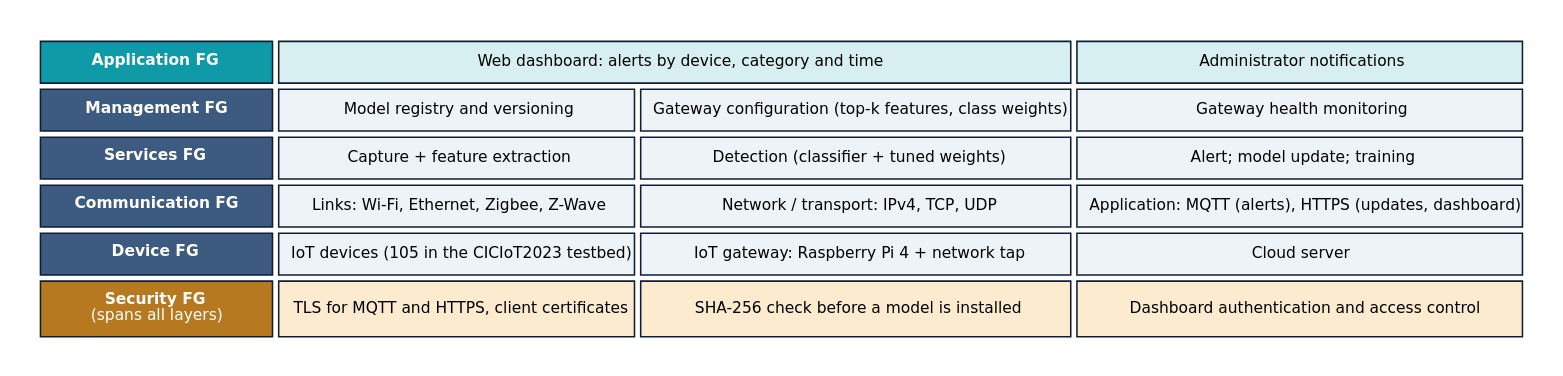
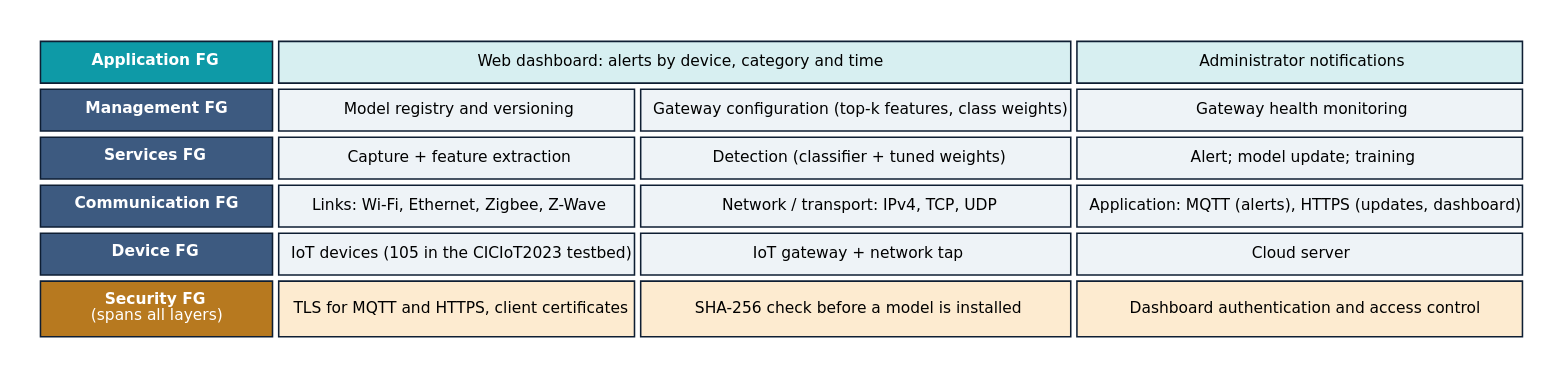
The diagram in report/diagrams/functional_view.dot (Dhruvsandilya0711/IoT_Mini_Project), drawn with Graphviz before and after one commit. The commit also changed 18 other files, not shown here.

```diff
--- a/report/diagrams/functional_view.dot
+++ b/report/diagrams/functional_view.dot
@@ -1,30 +1,30 @@
 digraph G {
   graph [bgcolor="#ffffff", pad=0.2, fontname="DejaVu Sans"];
   node [shape=plain, fontname="DejaVu Sans", fontsize=10];
   fv [label=<
   <table border="0" cellborder="1" cellspacing="4" cellpadding="7" color="#0E1E33">
     <tr><td bgcolor="#0E9AA7" width="150"><font color="white"><b>Application FG</b></font></td>
         <td bgcolor="#D7EFF1" colspan="2">Web dashboard: alerts by device, category and time</td>
         <td bgcolor="#D7EFF1">Administrator notifications</td></tr>
     <tr><td bgcolor="#3D5A80"><font color="white"><b>Management FG</b></font></td>
         <td bgcolor="#EEF3F7">Model registry and versioning</td>
         <td bgcolor="#EEF3F7">Gateway configuration (top-k features, class weights)</td>
         <td bgcolor="#EEF3F7">Gateway health monitoring</td></tr>
     <tr><td bgcolor="#3D5A80"><font color="white"><b>Services FG</b></font></td>
         <td bgcolor="#EEF3F7">Capture + feature extraction</td>
         <td bgcolor="#EEF3F7">Detection (classifier + tuned weights)</td>
         <td bgcolor="#EEF3F7">Alert; model update; training</td></tr>
     <tr><td bgcolor="#3D5A80"><font color="white"><b>Communication FG</b></font></td>
         <td bgcolor="#EEF3F7">Links: Wi-Fi, Ethernet, Zigbee, Z-Wave</td>
         <td bgcolor="#EEF3F7">Network / transport: IPv4, TCP, UDP</td>
         <td bgcolor="#EEF3F7">Application: MQTT (alerts), HTTPS (updates, dashboard)</td></tr>
     <tr><td bgcolor="#3D5A80"><font color="white"><b>Device FG</b></font></td>
         <td bgcolor="#EEF3F7">IoT devices (105 in the CICIoT2023 testbed)</td>
-        <td bgcolor="#EEF3F7">IoT gateway: Raspberry Pi 4 + network tap</td>
+        <td bgcolor="#EEF3F7">IoT gateway + network tap</td>
         <td bgcolor="#EEF3F7">Cloud server</td></tr>
     <tr><td bgcolor="#B7791F"><font color="white"><b>Security FG</b><br/>(spans all layers)</font></td>
         <td bgcolor="#FDEBD0">TLS for MQTT and HTTPS, client certificates</td>
         <td bgcolor="#FDEBD0">SHA-256 check before a model is installed</td>
         <td bgcolor="#FDEBD0">Dashboard authentication and access control</td></tr>
   </table>>];
 }
```
